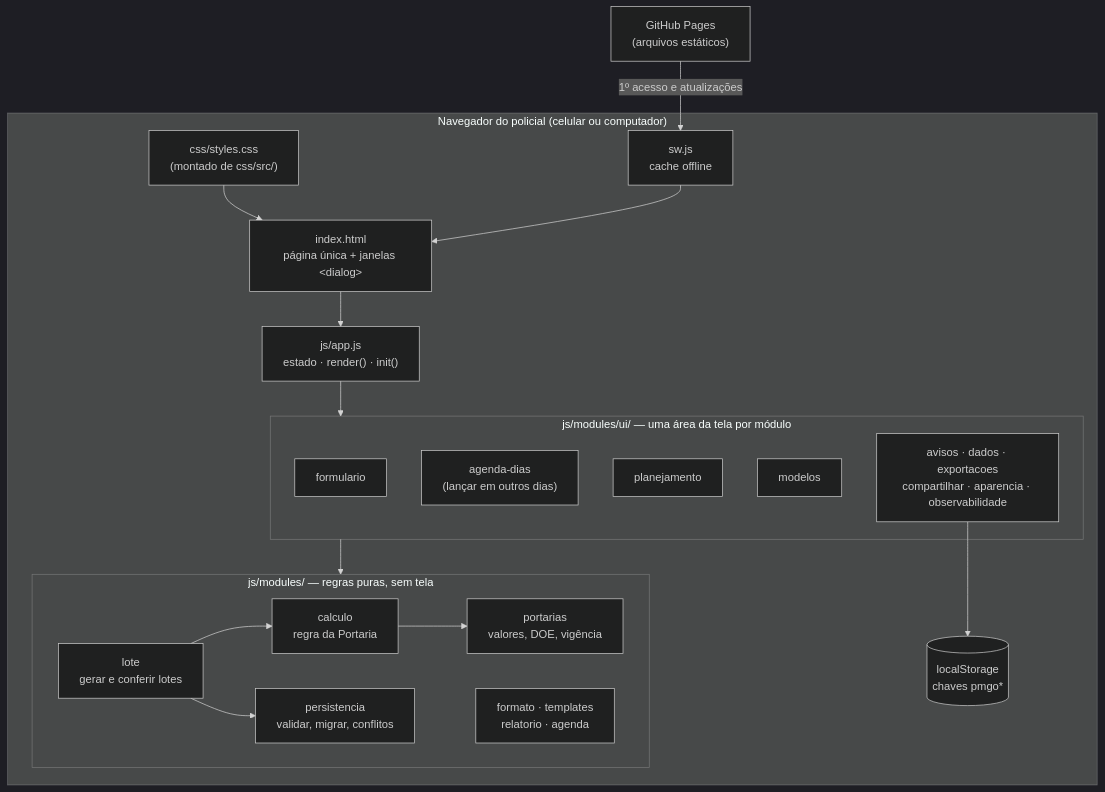
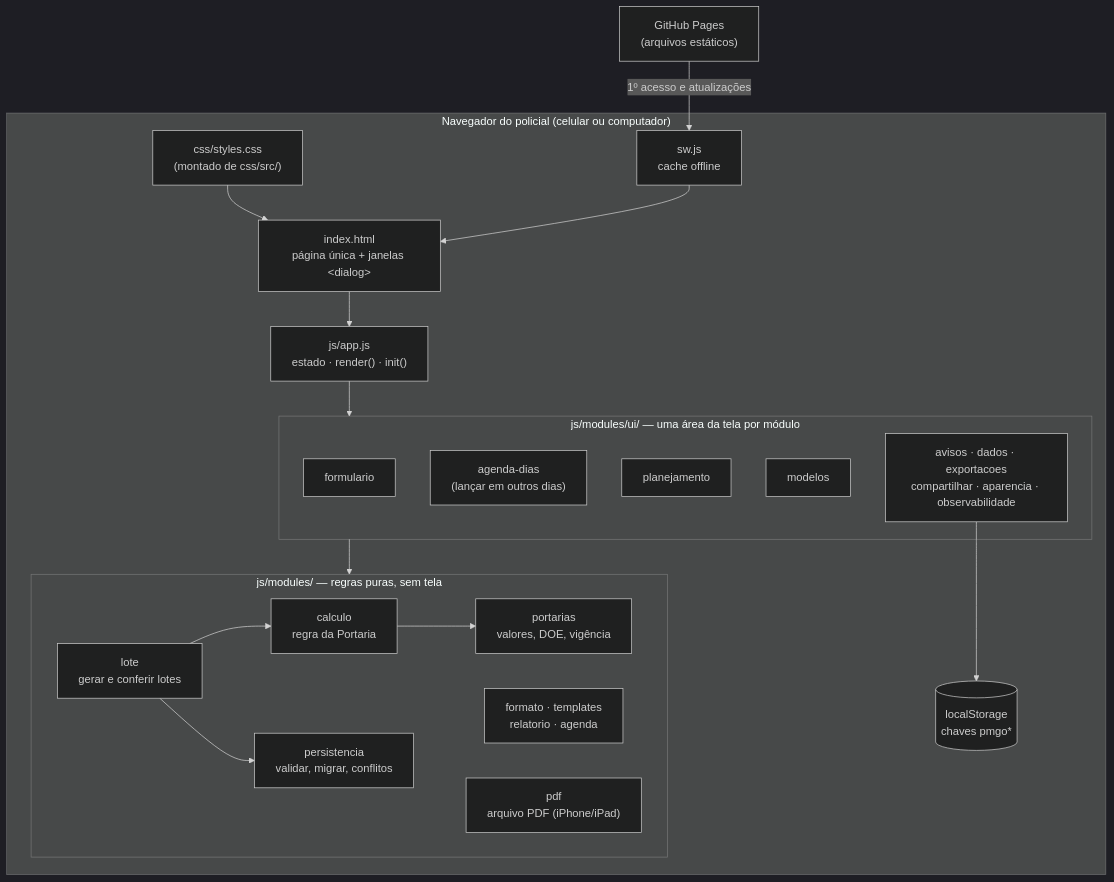
The first of 2 diagrams in docs/ARQUITETURA.md (calculadora-ac4-pmgo/calculadora-ac4-pmgo.github.io), drawn with Mermaid (dark theme) before and after one commit. The commit also changed other lines of this file and 14 other files, not shown here.

First line of the commit message:
feat(v86): PDF gerado no próprio iPhone e entregue pela tela de compartilhar

````diff
--- a/docs/ARQUITETURA.md
+++ b/docs/ARQUITETURA.md
@@ -9,40 +9,41 @@
 ```mermaid
 flowchart TB
   subgraph Navegador["Navegador do policial (celular ou computador)"]
     HTML["index.html<br/>página única + janelas &lt;dialog&gt;"]
     CSS["css/styles.css<br/>(montado de css/src/)"]
     APP["js/app.js<br/>estado · render() · init()"]
 
     subgraph UI["js/modules/ui/ — uma área da tela por módulo"]
       FORM["formulario"]
       LOTE_UI["agenda-dias<br/>(lançar em outros dias)"]
       PLAN["planejamento"]
       MOD["modelos"]
       OUTROS["avisos · dados · exportacoes<br/>compartilhar · aparencia · observabilidade"]
     end
 
     subgraph PURAS["js/modules/ — regras puras, sem tela"]
       CALC["calculo<br/>regra da Portaria"]
       NORMAS["portarias<br/>valores, DOE, vigência"]
       LOTE["lote<br/>gerar e conferir lotes"]
       PERS["persistencia<br/>validar, migrar, conflitos"]
       FMT["formato · templates<br/>relatorio · agenda"]
+      PDF["pdf<br/>arquivo PDF (iPhone/iPad)"]
     end
 
     LS[("localStorage<br/>chaves pmgo*")]
     SW["sw.js<br/>cache offline"]
   end
 
   GH["GitHub Pages<br/>(arquivos estáticos)"]
 
   HTML --> APP
   CSS --> HTML
   APP --> UI
   UI --> PURAS
   CALC --> NORMAS
   LOTE --> CALC
   LOTE --> PERS
   OUTROS --> LS
   GH -- "1º acesso e atualizações" --> SW
   SW --> HTML
 ```
````
